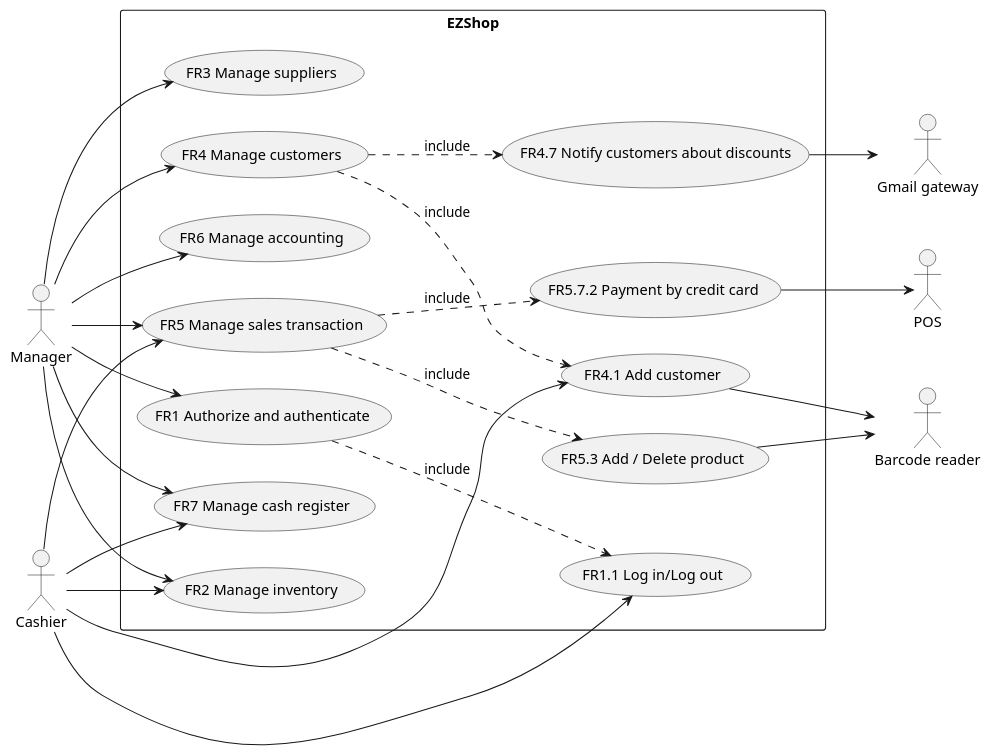
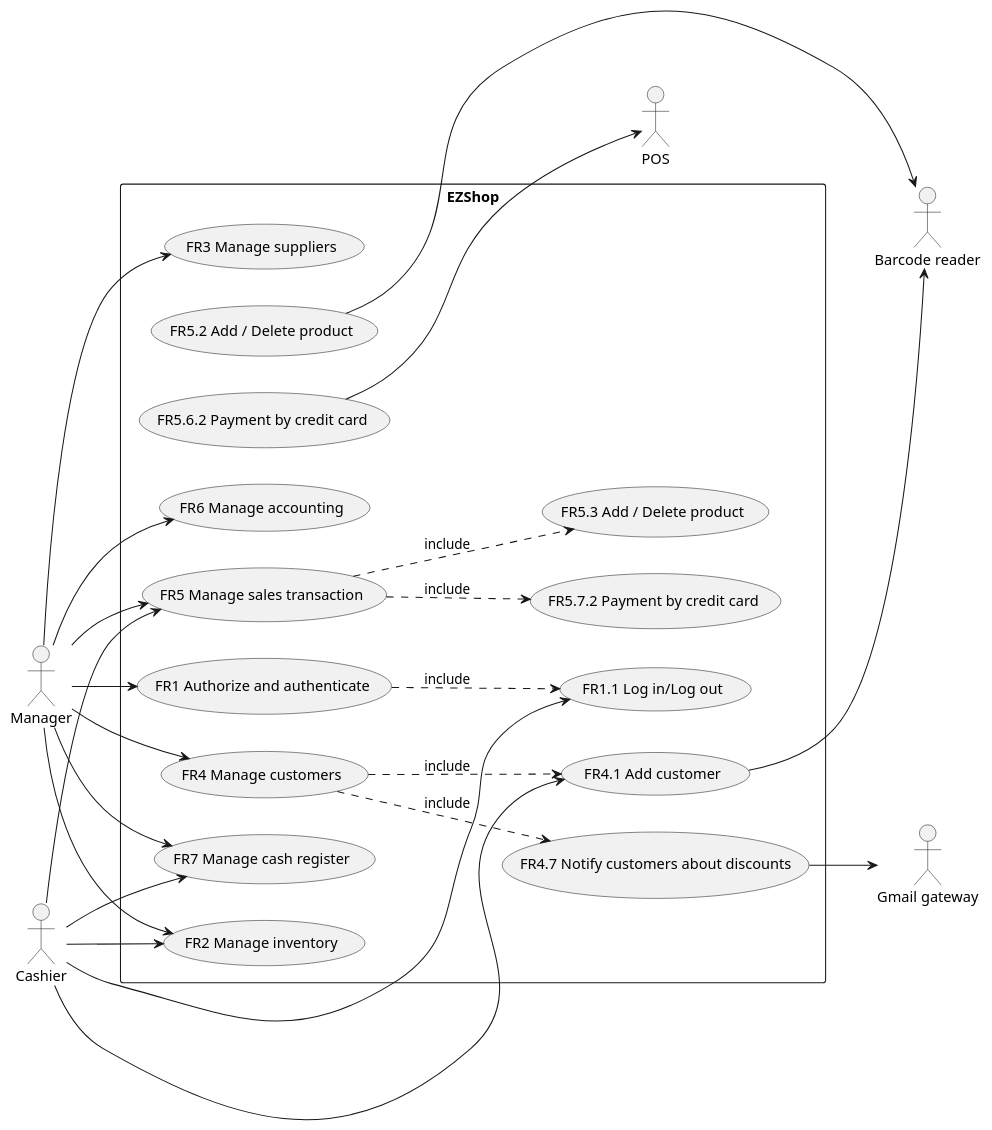
The second of 5 diagrams in Deliverables/RequirementsDocument.md (giuseppesalvi/ezshop), drawn with PlantUML before and after one commit. The commit also changed other lines of this file, not shown here.

````diff
--- a/Deliverables/RequirementsDocument.md
+++ b/Deliverables/RequirementsDocument.md
@@ -157,39 +157,39 @@
 ```plantuml
 left to right direction
 
 actor Manager as m
 actor Cashier as c
 actor POS as p
 actor "Barcode reader" as b
 actor "Gmail gateway" as g
 
 rectangle EZShop{
 (FR1 Authorize and authenticate) .down.> (FR1.1 Log in/Log out) :include
 m --> (FR1 Authorize and authenticate)
 (FR1.1 Log in/Log out) <-- c
 
 m --> (FR2 Manage inventory)
 
 m --> (FR3 Manage suppliers)
 
 (FR4 Manage customers) .down.> (FR4.1 Add customer) :include
 (FR4 Manage customers) .down.> (FR4.7 Notify customers about discounts) :include
 m --> (FR4 Manage customers)
 (FR4.1 Add customer) <-- c
 (FR4.1 Add customer) --> b
 (FR4.7 Notify customers about discounts) --> g
 
 (FR5 Manage sales transaction) .down.> (FR5.3 Add / Delete product) :include
 (FR5 Manage sales transaction) .down.> (FR5.7.2 Payment by credit card) :include
 m --> (FR5 Manage sales transaction)
 c --> (FR5 Manage sales transaction)
-(FR5.3 Add / Delete product) --> b
-(FR5.7.2 Payment by credit card) --> p
+(FR5.2 Add / Delete product) --> b
+(FR5.6.2 Payment by credit card) --> p
 
 m --> (FR6 Manage accounting)
 
 m --> (FR7 Manage cash register)
 c --> (FR7 Manage cash register)
 c --> (FR2 Manage inventory)
 }
 ```
````
